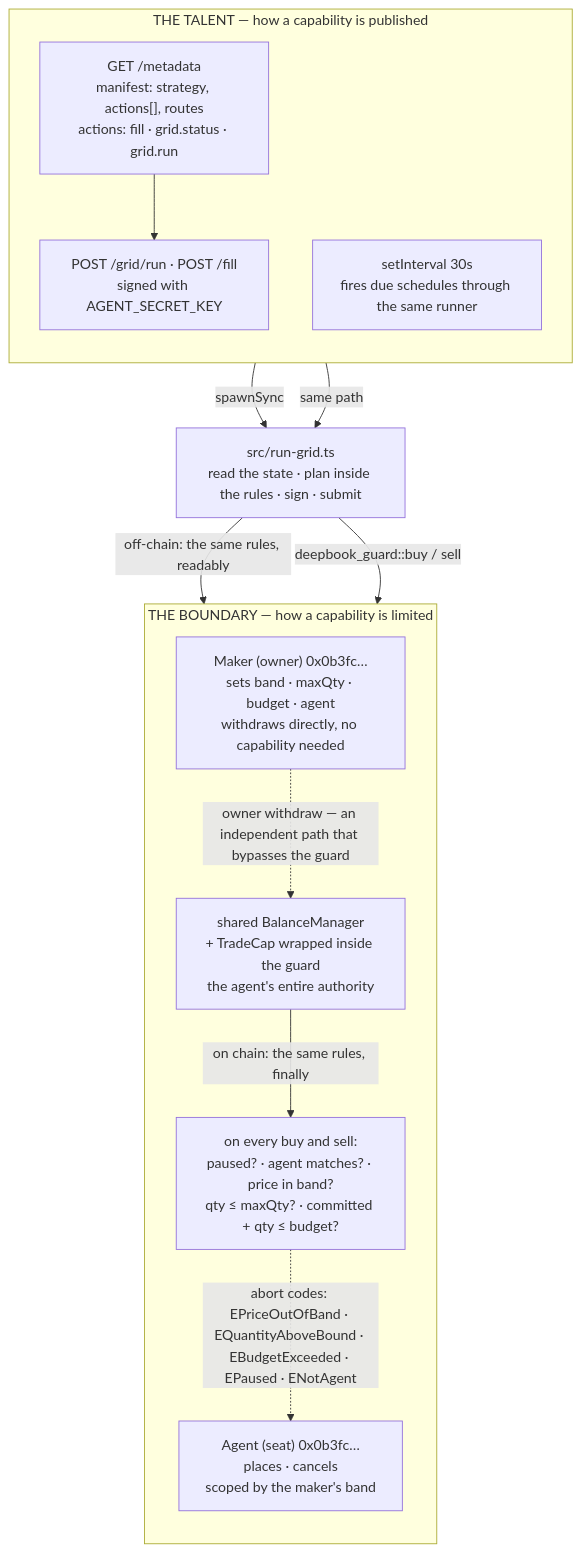
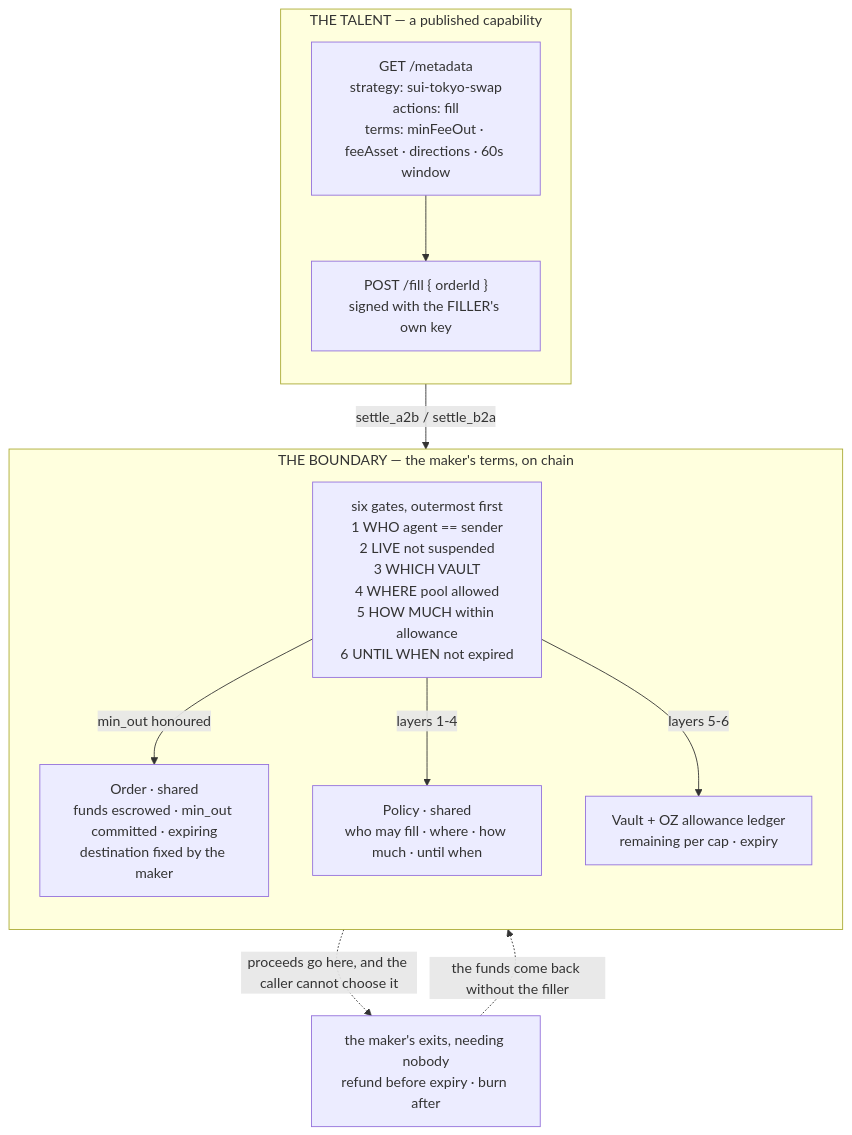
One commit to Jarekkkkk/suidobashi changed the second of 3 diagrams in docs/TALENT-AND-BOUNDARY.md. Above: the diagram before and after it, drawn with Mermaid. The commit also changed other lines of this file and 1 other file, not shown here.

````diff
--- a/docs/TALENT-AND-BOUNDARY.md
+++ b/docs/TALENT-AND-BOUNDARY.md
@@ -60,28 +69,26 @@
 ```mermaid
 flowchart TB
-    subgraph Talent["THE TALENT — how a capability is published"]
+    subgraph Talent["THE TALENT — a published capability"]
         direction TB
-        Manifest["GET /metadata<br/>manifest: strategy, actions[], routes<br/>actions: fill · grid.status · grid.run"]
-        Route["POST /grid/run · POST /fill<br/>signed with AGENT_SECRET_KEY"]
-        Clock["setInterval 30s<br/>fires due schedules through the same runner"]
+        Manifest["GET /metadata<br/>strategy: sui-tokyo-swap<br/>actions: fill<br/>terms: minFeeOut · feeAsset · directions · 60s window"]
+        Fill["POST /fill { orderId }<br/>signed with the FILLER's own key"]
     end
 
-    Runner["src/run-grid.ts<br/>read the state · plan inside the rules · sign · submit"]
-
-    subgraph Boundary["THE BOUNDARY — how a capability is limited"]
+    subgraph Boundary["THE BOUNDARY — the maker's terms, on chain"]
         direction TB
-        Maker["Maker (owner) 0x0b3fc…<br/>sets band · maxQty · budget · agent<br/>withdraws directly, no capability needed"]
-        Seat["Agent (seat) 0x0b3fc…<br/>places · cancels<br/>scoped by the maker's band"]
-        Held["shared BalanceManager<br/>+ TradeCap wrapped inside the guard<br/>the agent's entire authority"]
-        Rules["on every buy and sell:<br/>paused? · agent matches? · price in band?<br/>qty ≤ maxQty? · committed + qty ≤ budget?"]
+        TheOrder["Order · shared<br/>funds escrowed · min_out committed · expiring<br/>destination fixed by the maker"]
+        ThePolicy["Policy · shared<br/>who may fill · where · how much · until when"]
+        TheLedger["Vault + OZ allowance ledger<br/>remaining per cap · expiry"]
+        Gates["six gates, outermost first<br/>1 WHO agent == sender<br/>2 LIVE not suspended<br/>3 WHICH VAULT<br/>4 WHERE pool allowed<br/>5 HOW MUCH within allowance<br/>6 UNTIL WHEN not expired"]
     end
 
-    Manifest --> Route
-    Route -- "spawnSync" --> Runner
-    Clock -- "same path" --> Runner
-    Runner -- "off-chain: the same rules, readably" --> Rules
-    Runner -- "deepbook_guard::buy / sell" --> Held
-    Held -- "on chain: the same rules, finally" --> Rules
-    Rules -.->|"abort codes: EPriceOutOfBand · EQuantityAboveBound · EBudgetExceeded · EPaused · ENotAgent"| Seat
-    Maker -.->|"owner withdraw — an independent path that bypasses the guard"| Held
+    Exits["the maker's exits, needing nobody<br/>refund before expiry · burn after"]
+
+    Manifest --> Fill
+    Fill -- "settle_a2b / settle_b2a" --> Gates
+    Gates -- "layers 1-4" --> ThePolicy
+    Gates -- "layers 5-6" --> TheLedger
+    Gates -- "min_out honoured" --> TheOrder
+    TheOrder -.->|"proceeds go here, and the caller cannot choose it"| Exits
+    Exits -.->|"the funds come back without the filler"| TheOrder
 ```
````
